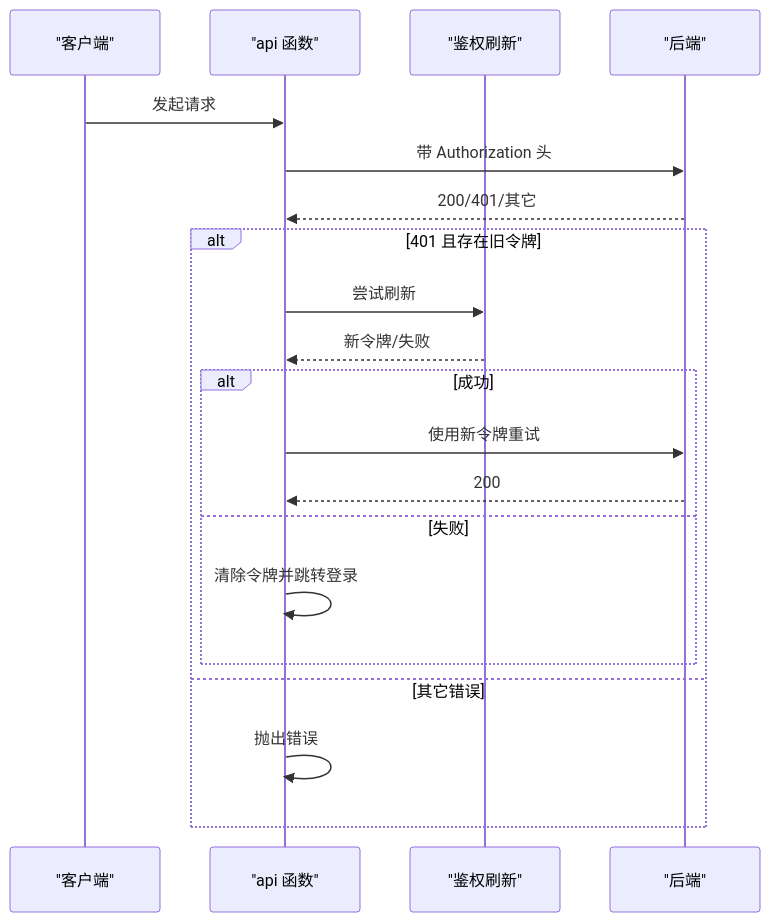
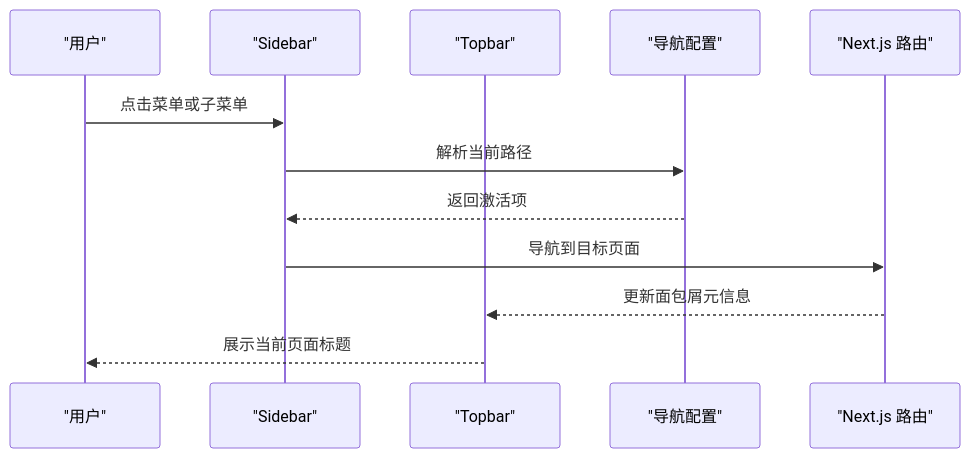
The sixth of 8 diagrams in docs/前端管理界面/前端管理界面.md (x01n/My-OpenWaf), drawn with Mermaid before and after one commit. The commit also changed other lines of this file and 199 other files, not shown here.

````diff
--- a/docs/前端管理界面/前端管理界面.md
+++ b/docs/前端管理界面/前端管理界面.md
@@ -439,22 +232,14 @@
 ```mermaid
 sequenceDiagram
-participant Client as "客户端"
-participant API as "api 函数"
-participant Auth as "鉴权刷新"
-participant Backend as "后端"
-Client->>API : 发起请求
-API->>Backend : 带 Authorization 头
-Backend-->>API : 200/401/其它
-alt 401 且存在旧令牌
-API->>Auth : 尝试刷新
-Auth-->>API : 新令牌/失败
-alt 成功
-API->>Backend : 使用新令牌重试
-Backend-->>API : 200
-else 失败
-API->>API : 清除令牌并跳转登录
-end
-else 其它错误
-API->>API : 抛出错误
-end
+participant U as "用户"
+participant SB as "Sidebar"
+participant TB as "Topbar"
+participant NAV as "导航配置"
+participant RT as "Next.js 路由"
+U->>SB : 点击菜单或子菜单
+SB->>NAV : 解析当前路径
+NAV-->>SB : 返回激活项
+SB->>RT : 导航到目标页面
+RT-->>TB : 更新面包屑元信息
+TB-->>U : 展示当前页面标题
 ```
````
